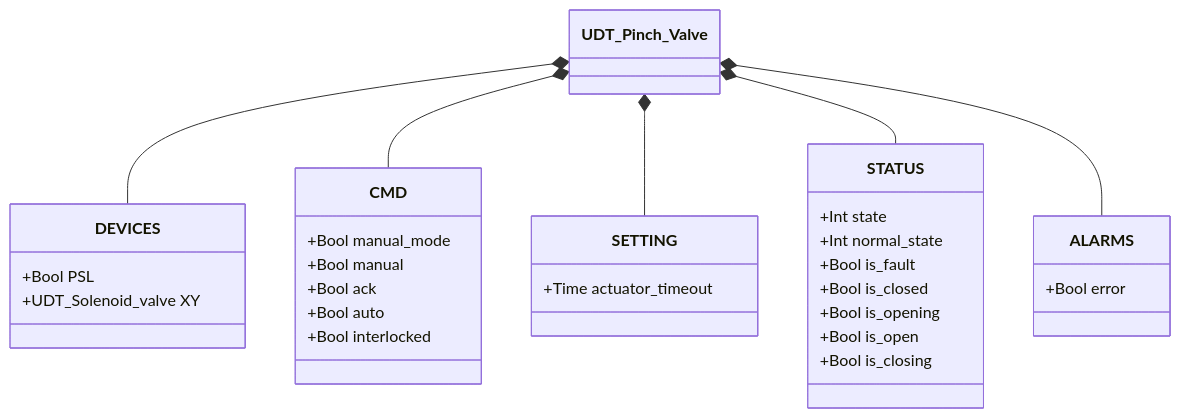
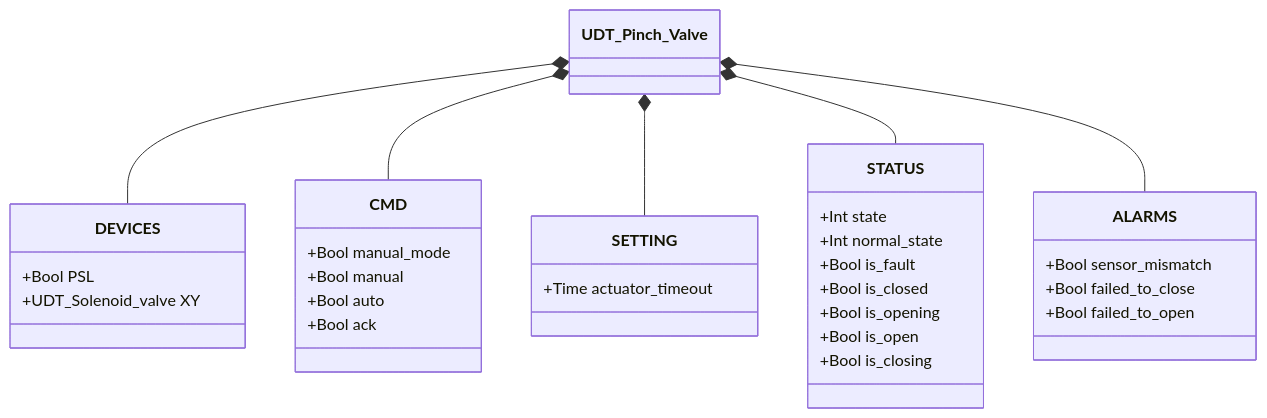
The second of 2 diagrams in docs/library/valves/pinch/index.it.md (AleFire99/TIA_knowledge), drawn with Mermaid before and after one commit. The commit also changed other lines of this file and 199 other files, not shown here.

````diff
--- a/docs/library/valves/pinch/index.it.md
+++ b/docs/library/valves/pinch/index.it.md
@@ -58,35 +96,36 @@
 ```mermaid
 classDiagram
     class UDT_Pinch_Valve
     class DEVICES {
         +Bool PSL
         +UDT_Solenoid_valve XY
     }
     class CMD {
         +Bool manual_mode
         +Bool manual
+        +Bool auto
         +Bool ack
-        +Bool auto
-        +Bool interlocked
     }
     class SETTING {
         +Time actuator_timeout
     }
     class STATUS {
         +Int state
         +Int normal_state
         +Bool is_fault
         +Bool is_closed
         +Bool is_opening
         +Bool is_open
         +Bool is_closing
     }
     class ALARMS {
-        +Bool error
+        +Bool sensor_mismatch
+        +Bool failed_to_close
+        +Bool failed_to_open
     }
     UDT_Pinch_Valve *-- DEVICES
     UDT_Pinch_Valve *-- CMD
     UDT_Pinch_Valve *-- SETTING
     UDT_Pinch_Valve *-- STATUS
     UDT_Pinch_Valve *-- ALARMS
 ```
````
